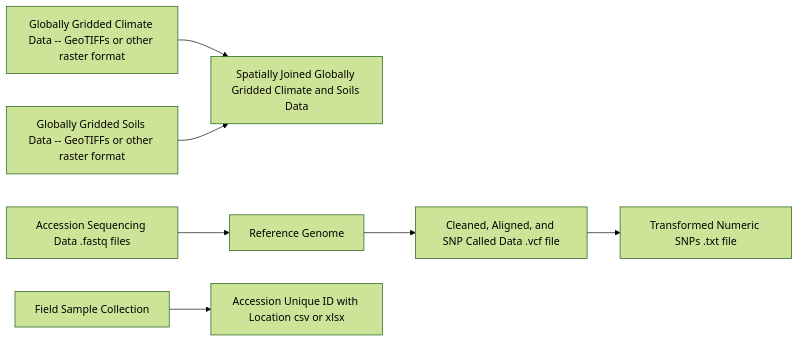
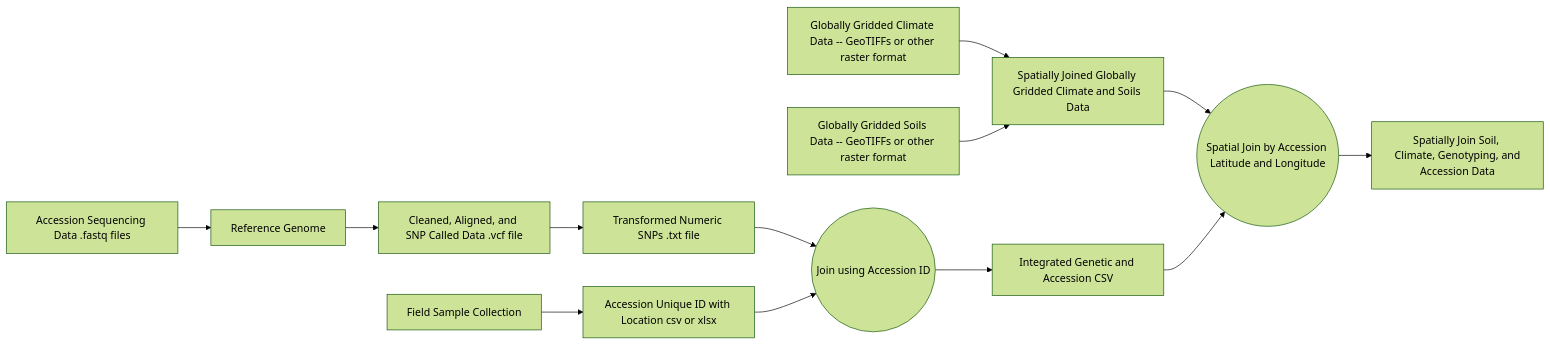
Before and after one commit to kant0063/Genome-Environment-Association-Workshop: the diagram in README.md, drawn with Mermaid (forest theme). The commit also changed other lines of this file, not shown here.

````diff
--- a/README.md
+++ b/README.md
@@ -7,19 +7,32 @@
 ```mermaid
 graph LR
   Env1[Globally Gridded Climate Data -- GeoTIFFs or other raster format]
   Env2[Globally Gridded Soils Data -- GeoTIFFs or other raster format]
   Env3[Spatially Joined Globally Gridded Climate and Soils Data]
   Env1 --> Env3
   Env2 --> Env3
 
   Gen1[Accession Sequencing Data .fastq files]
   Gen2[Reference Genome]
   Gen3[Cleaned, Aligned, and SNP Called Data .vcf file]
   Gen4[Transformed Numeric SNPs .txt file]
   Gen1 --> Gen2 --> Gen3 --> Gen4
 
   Accession1[Field Sample Collection]
   Accession2[Accession Unique ID with Location csv or xlsx]
   Accession1 --> Accession2
 
+  Merge1((Join using Accession ID))
+  IntegratedData1[Integrated Genetic and Accession CSV]
+  Gen4 --> Merge1
+  Accession2 --> Merge1
+  Merge1 --> IntegratedData1
+
+
+  Merge2((Spatial Join by Accession Latitude and Longitude))
+  IntegratedData2[Spatially Join Soil, \n Climate, Genotyping, and Accession Data]
+  Env3 --> Merge2
+  IntegratedData1 --> Merge2 --> IntegratedData2
+
+
 ```
````
